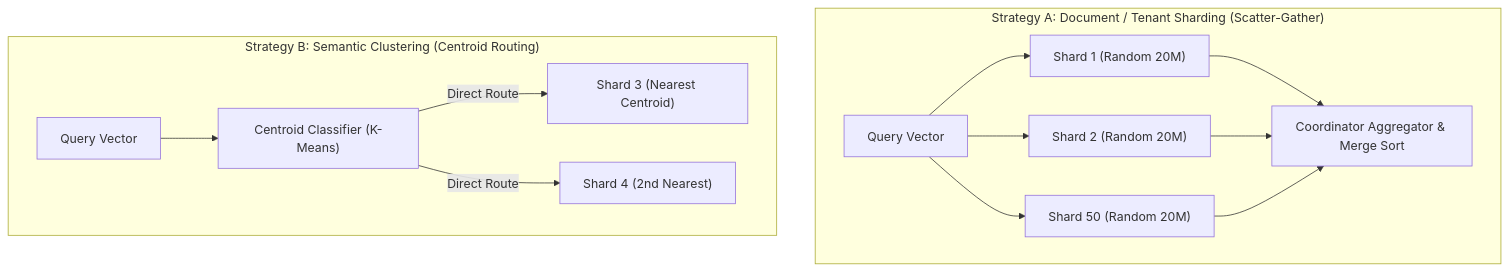
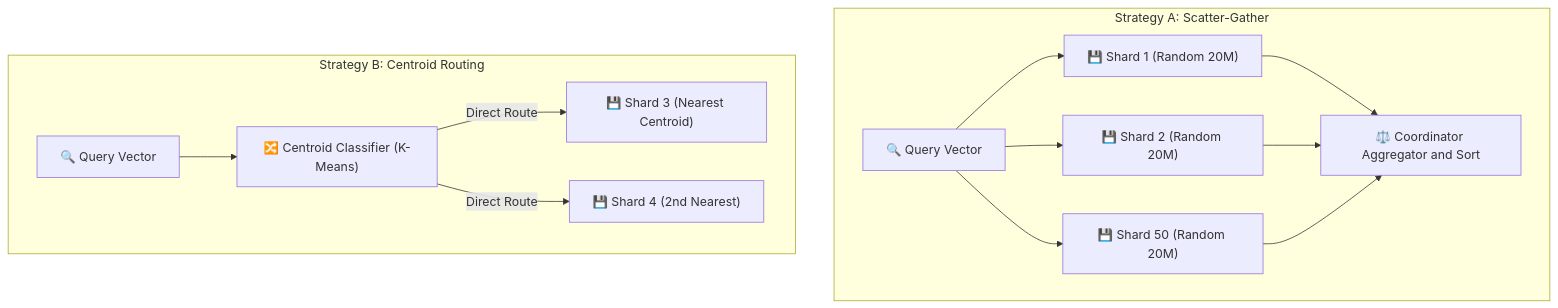
Before and after one commit to dip4k/senior-engineer-to-ai-engineer-roadmap: the sixth of 10 diagrams in interview/ai-platform-engineer-handbook.md, drawn with Mermaid. The commit also changed other lines of this file and 94 other files, not shown here.

Commit message:
refactor(curriculum): complete Phase 04 upgrade and enforce diagram renderer invariants

````diff
--- a/interview/ai-platform-engineer-handbook.md
+++ b/interview/ai-platform-engineer-handbook.md
@@ -210,17 +210,17 @@
 ```mermaid
 flowchart TD
-    subgraph ScatterGather ["Strategy A: Document / Tenant Sharding (Scatter-Gather)"]
-        Q1["Query Vector"] --> S1["Shard 1 (Random 20M)"]
-        Q1 --> S2["Shard 2 (Random 20M)"]
-        Q1 --> S50["Shard 50 (Random 20M)"]
-        S1 --> Agg["Coordinator Aggregator & Merge Sort"]
+    subgraph ScatterGather ["Strategy A: Scatter-Gather"]
+        Q1["🔍 Query Vector"] --> S1["💾 Shard 1 (Random 20M)"]
+        Q1 --> S2["💾 Shard 2 (Random 20M)"]
+        Q1 --> S50["💾 Shard 50 (Random 20M)"]
+        S1 --> Agg["⚖️ Coordinator Aggregator and Sort"]
         S2 --> Agg
         S50 --> Agg
     end
 
-    subgraph CentroidRouting ["Strategy B: Semantic Clustering (Centroid Routing)"]
-        Q2["Query Vector"] --> Router["Centroid Classifier (K-Means)"]
-        Router -->|"Direct Route"| ShardA["Shard 3 (Nearest Centroid)"]
-        Router -->|"Direct Route"| ShardB["Shard 4 (2nd Nearest)"]
+    subgraph CentroidRouting ["Strategy B: Centroid Routing"]
+        Q2["🔍 Query Vector"] --> Router["🔀 Centroid Classifier (K-Means)"]
+        Router -->|"Direct Route"| ShardA["💾 Shard 3 (Nearest Centroid)"]
+        Router -->|"Direct Route"| ShardB["💾 Shard 4 (2nd Nearest)"]
     end
 ```
````
